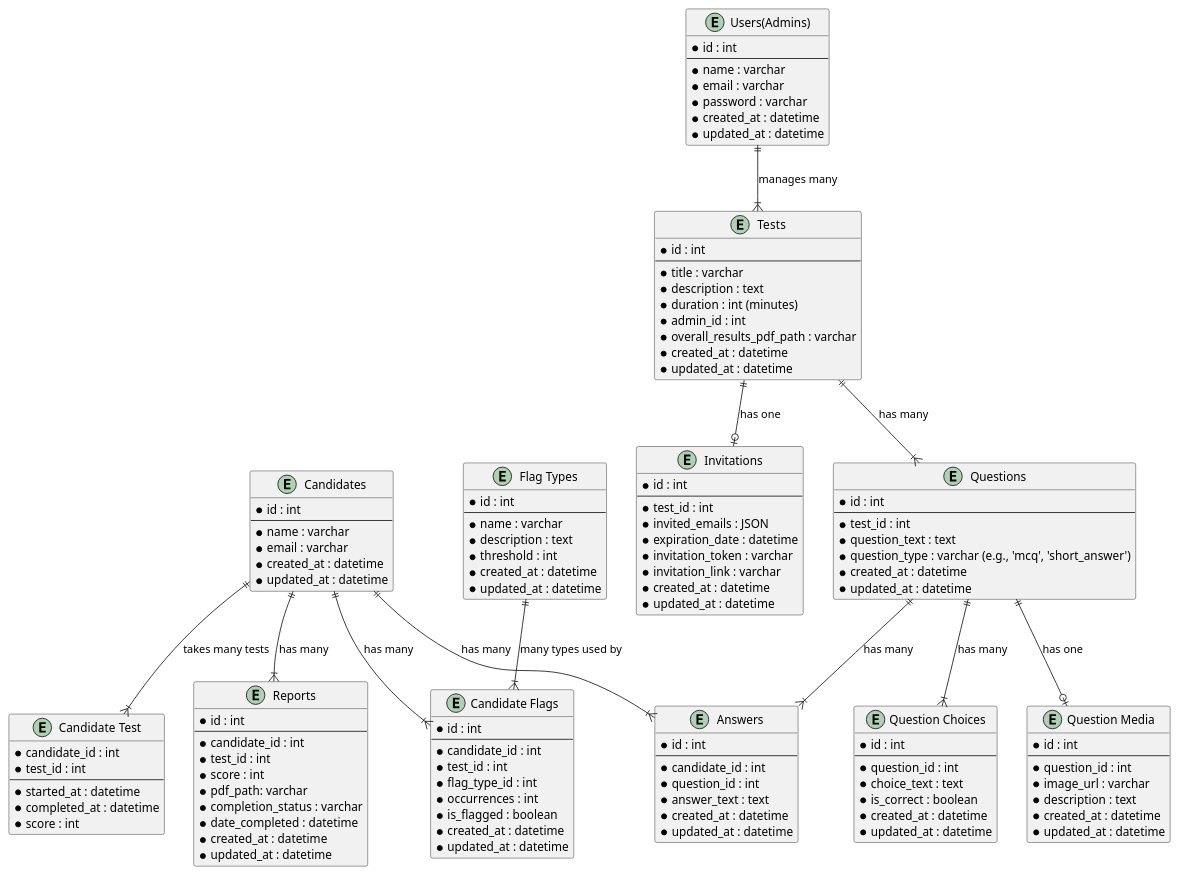
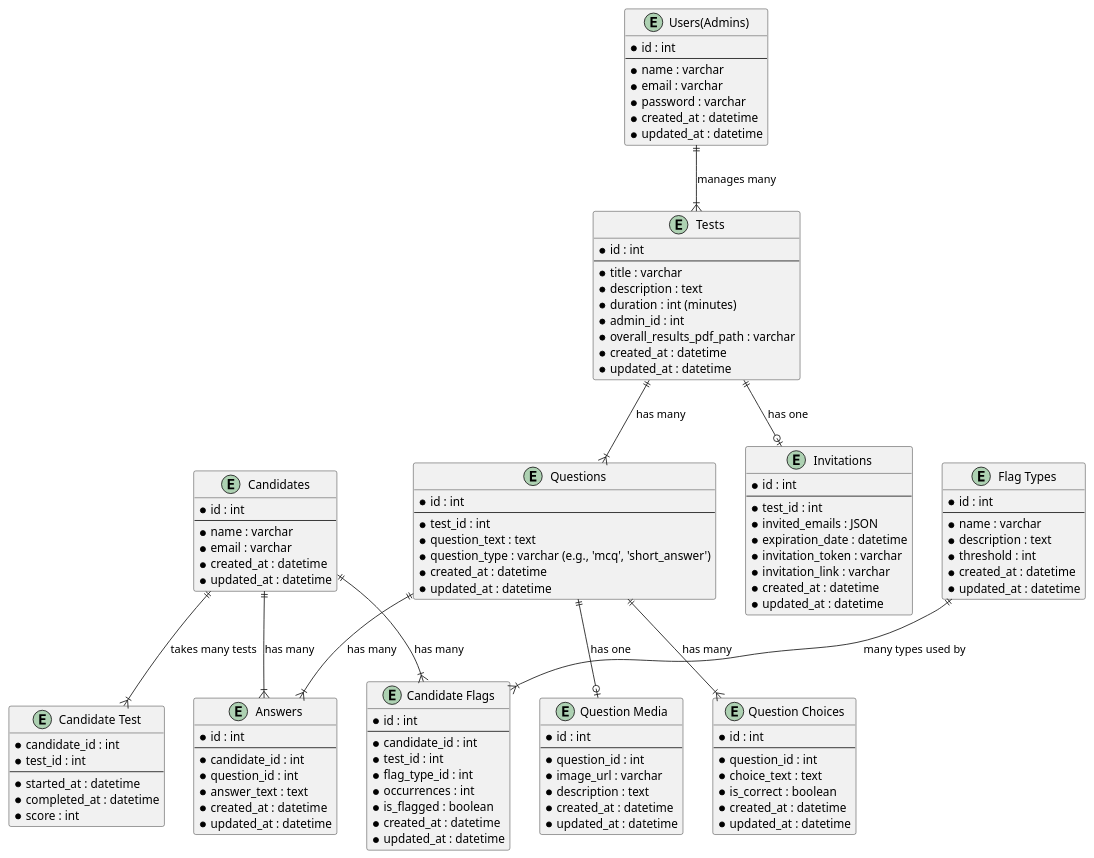
One commit to milelecars/MileleSkillSage changed the diagram in storage/plantuml/db_diagram.puml. Above: the diagram before and after it, drawn with PlantUML. The commit also changed 11 other files, not shown here.

```diff
--- a/storage/plantuml/db_diagram.puml
+++ b/storage/plantuml/db_diagram.puml
@@ -1,143 +1,143 @@
 @startuml "Milele SkillSage"
 
 entity "Candidates" {
   * id : int
   --
   * name : varchar
   * email : varchar
   * created_at : datetime
   * updated_at : datetime
 }
 
 entity "Tests" {
   * id : int
   --
   * title : varchar
   * description : text
   * duration : int (minutes)
   * admin_id : int
   * overall_results_pdf_path : varchar
   * created_at : datetime
   * updated_at : datetime
 }
 
 entity "Candidate Test" {
   * candidate_id : int
   * test_id : int
   --
   * started_at : datetime
   * completed_at : datetime
   * score : int
 }
 
 entity "Questions" {
   * id : int
   --
   * test_id : int
   * question_text : text
   * question_type : varchar (e.g., 'mcq', 'short_answer')
   * created_at : datetime
   * updated_at : datetime
 }
 
 entity "Question Choices" {
   * id : int
   --
   * question_id : int
   * choice_text : text
   * is_correct : boolean
   * created_at : datetime
   * updated_at : datetime
 }
 
 entity "Question Media" {
   * id : int
   --
   * question_id : int
   * image_url : varchar
   * description : text
   * created_at : datetime
   * updated_at : datetime
 }
 
 entity "Answers" {
   * id : int
   --
   * candidate_id : int
   * question_id : int
   * answer_text : text
   * created_at : datetime
   * updated_at : datetime
 }
 
 entity "Users(Admins)" {
   * id : int
   --
   * name : varchar
   * email : varchar
   * password : varchar  
   * created_at : datetime
   * updated_at : datetime
 }
 
 entity "Flag Types" {
   * id : int
   --
   * name : varchar
   * description : text
   * threshold : int
   * created_at : datetime
   * updated_at : datetime
 }
 
 entity "Candidate Flags" {
   * id : int
   --
   * candidate_id : int
   * test_id : int
   * flag_type_id : int
   * occurrences : int
   * is_flagged : boolean
   * created_at : datetime
   * updated_at : datetime
 }
 
 entity "Invitations" {
   * id : int
   --
   * test_id : int
   * invited_emails : JSON
   * expiration_date : datetime
   * invitation_token : varchar
   * invitation_link : varchar
   * created_at : datetime
   * updated_at : datetime
 }
 
-entity "Reports" {
-  * id : int
-  --
-  * candidate_id : int
-  * test_id : int
-  * score : int
-  * pdf_path: varchar
-  * completion_status : varchar
-  * date_completed : datetime
-  * created_at : datetime
-  * updated_at : datetime
-}
+' entity "Reports" {
+'   * id : int
+'   --
+'   * candidate_id : int
+'   * test_id : int
+'   * score : int
+'   * pdf_path: varchar
+'   * completion_status : varchar
+'   * date_completed : datetime
+'   * created_at : datetime
+'   * updated_at : datetime
+' }
 
 ' Relationships
-"Candidates" ||--|{ "Reports" : has many
+' "Candidates" ||--|{ "Reports" : has many
 "Candidates" ||--|{ "Answers" : has many
 "Candidates" ||--|{ "Candidate Flags" : has many
 "Candidates" ||--|{ "Candidate Test" : takes many tests
 "Tests" ||--|{ "Questions" : has many
 "Tests" ||--o| "Invitations" : has one
 "Questions" ||--|{ "Question Choices" : has many
 "Questions" ||--o| "Question Media" : has one
 "Questions" ||--|{ "Answers" : has many  
 "Flag Types" ||--|{ "Candidate Flags" : many types used by
 "Users(Admins)" ||--|{ "Tests" : manages many
 
 @enduml
```
